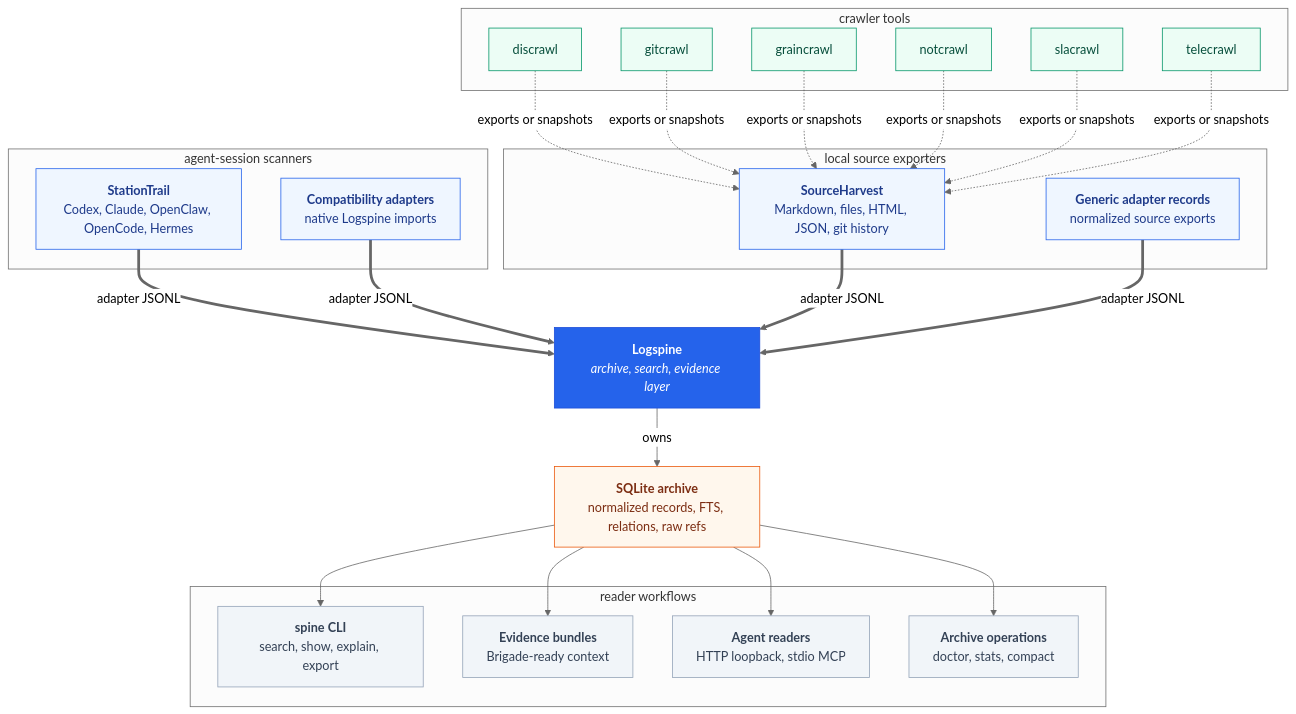
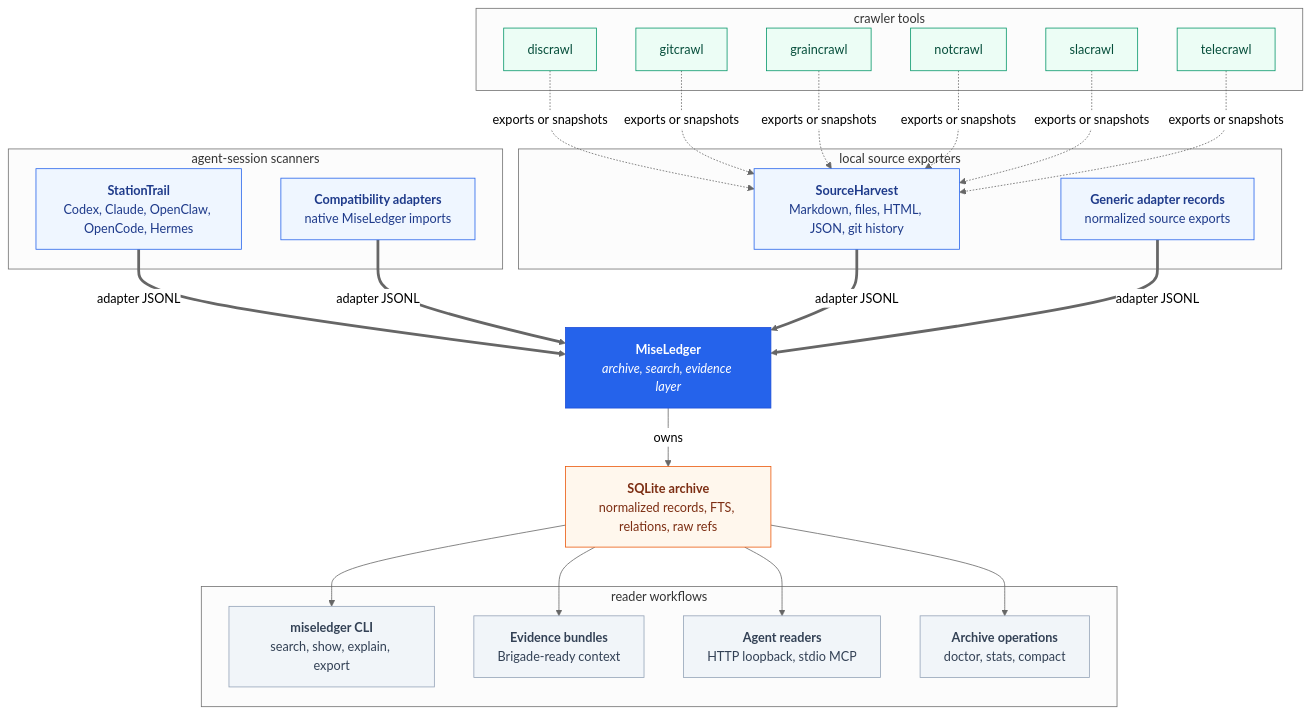
One commit to escoffier-labs/brigade changed the second of 2 diagrams in engines/evidence-ledger/README.md. Above: the diagram before and after it, drawn with Mermaid (neutral theme). The commit also changed other lines of this file and 46 other files, not shown here.

Commit message:
chore: rename logspine to miseledger

````diff
--- a/engines/evidence-ledger/README.md
+++ b/engines/evidence-ledger/README.md
@@ -85,52 +85,52 @@
 ```mermaid
 flowchart TB
-    LOGSPINE["<b>Logspine</b><br/><i>archive, search, evidence layer</i>"]
+    MISELEDGER["<b>MiseLedger</b><br/><i>archive, search, evidence layer</i>"]
     SQLITE["<b>SQLite archive</b><br/>normalized records, FTS, relations, raw refs"]
-    LOGSPINE -->|owns| SQLITE
+    MISELEDGER -->|owns| SQLITE
 
     subgraph AGENTS [" agent-session scanners "]
         STATIONTRAIL["<b>StationTrail</b><br/>Codex, Claude, OpenClaw, OpenCode, Hermes"]
-        COMPAT["<b>Compatibility adapters</b><br/>native Logspine imports"]
+        COMPAT["<b>Compatibility adapters</b><br/>native MiseLedger imports"]
     end
 
     subgraph LOCAL [" local source exporters "]
         SOURCEHARVEST["<b>SourceHarvest</b><br/>Markdown, files, HTML, JSON, git history"]
         GENERIC["<b>Generic adapter records</b><br/>normalized source exports"]
     end
 
     subgraph CRAWLERS [" crawler tools "]
         DISCRAWL["discrawl"]
         GITCRAWL["gitcrawl"]
         GRAINCRAWL["graincrawl"]
         NOTCRAWL["notcrawl"]
         SLACRAWL["slacrawl"]
         TELECRAWL["telecrawl"]
     end
 
-    STATIONTRAIL & COMPAT == adapter JSONL ==> LOGSPINE
-    SOURCEHARVEST & GENERIC == adapter JSONL ==> LOGSPINE
+    STATIONTRAIL & COMPAT == adapter JSONL ==> MISELEDGER
+    SOURCEHARVEST & GENERIC == adapter JSONL ==> MISELEDGER
     DISCRAWL & GITCRAWL & GRAINCRAWL & NOTCRAWL & SLACRAWL & TELECRAWL -. exports or snapshots .-> SOURCEHARVEST
 
     subgraph READERS [" reader workflows "]
-        CLI["<b>spine CLI</b><br/>search, show, explain, export"]
+        CLI["<b>miseledger CLI</b><br/>search, show, explain, export"]
         EVIDENCE["<b>Evidence bundles</b><br/>Brigade-ready context"]
         MCP["<b>Agent readers</b><br/>HTTP loopback, stdio MCP"]
         OPS["<b>Archive operations</b><br/>doctor, stats, compact"]
     end
 
     SQLITE --> CLI
     SQLITE --> EVIDENCE
     SQLITE --> MCP
     SQLITE --> OPS
 
     classDef core fill:#2563eb,stroke:#1d4ed8,color:#fff;
     classDef archive fill:#fff7ed,stroke:#ea580c,color:#7c2d12;
     classDef source fill:#eff6ff,stroke:#2563eb,color:#1e3a8a;
     classDef crawler fill:#ecfdf5,stroke:#059669,color:#064e3b;
     classDef reader fill:#f1f5f9,stroke:#94a3b8,color:#334155;
-    class LOGSPINE core;
+    class MISELEDGER core;
     class SQLITE archive;
     class STATIONTRAIL,COMPAT,SOURCEHARVEST,GENERIC source;
     class DISCRAWL,GITCRAWL,GRAINCRAWL,NOTCRAWL,SLACRAWL,TELECRAWL crawler;
     class CLI,EVIDENCE,MCP,OPS reader;
 ```
````
